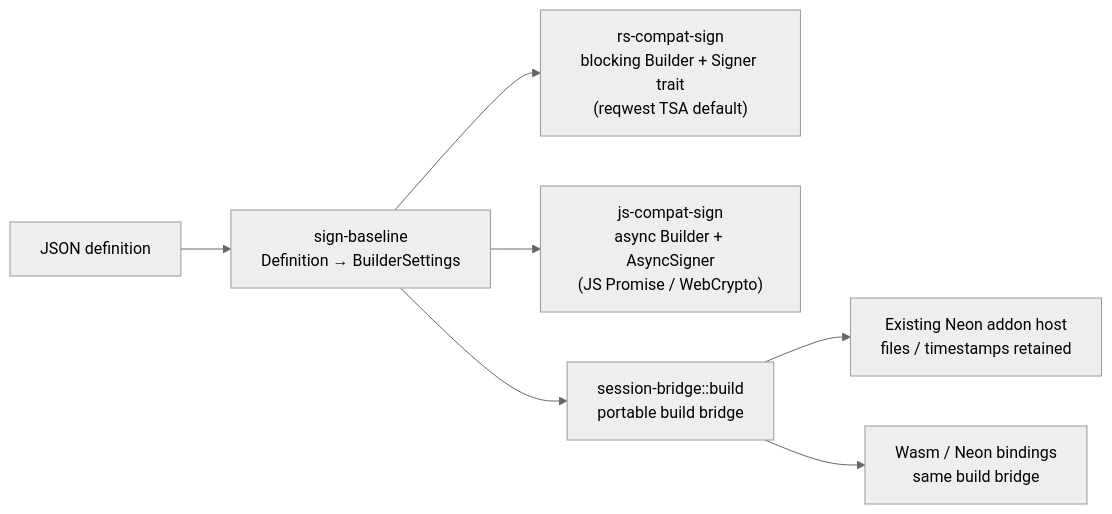
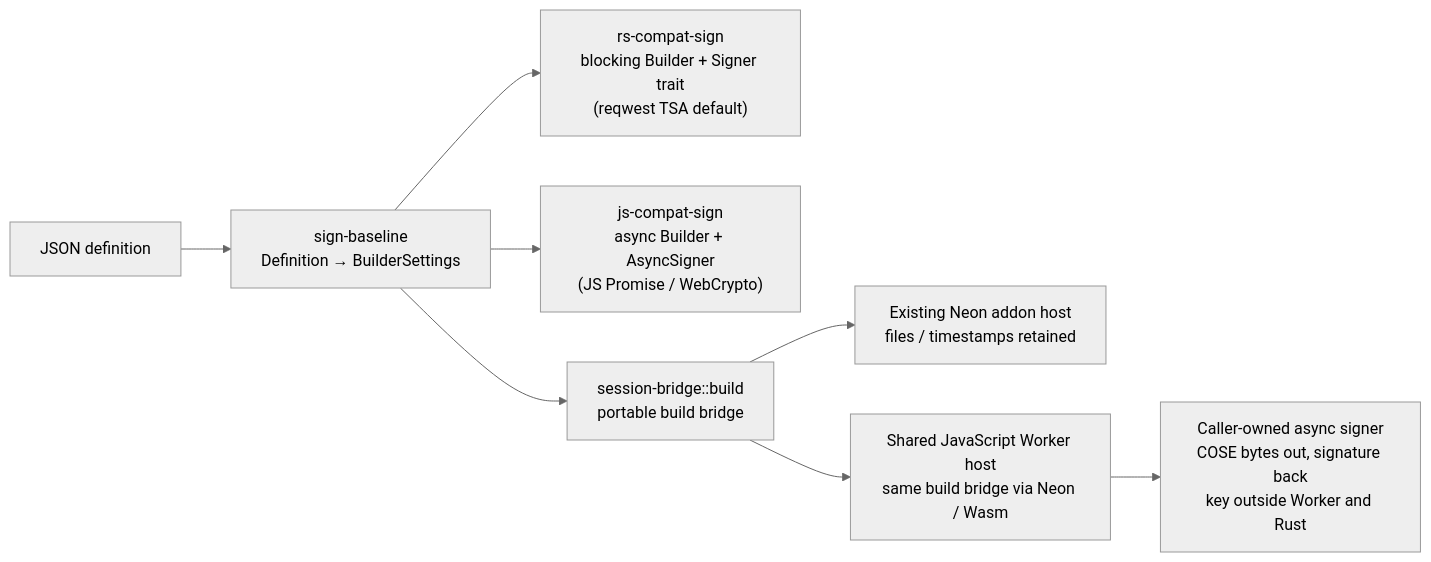
One commit to scouten/state-machine-experiment changed the second of 2 diagrams in docs/walkthrough/06-bindings.md. Above: the diagram before and after it, drawn with Mermaid (neutral theme). The commit also changed other lines of this file and 15 other files, not shown here.

Commit message:
docs(js): document the shared host and its tests

````diff
--- a/docs/walkthrough/06-bindings.md
+++ b/docs/walkthrough/06-bindings.md
@@ -87,9 +112,10 @@
 ```mermaid
 flowchart LR
     D["JSON definition"] --> SB["sign-baseline<br/>Definition → BuilderSettings"]
     SB --> RS["rs-compat-sign<br/>blocking Builder + Signer trait<br/>(reqwest TSA default)"]
     SB --> JS["js-compat-sign<br/>async Builder + AsyncSigner<br/>(JS Promise / WebCrypto)"]
     SB --> ND["session-bridge::build<br/>portable build bridge"]
     ND --> OLD["Existing Neon addon host<br/>files / timestamps retained"]
-    ND --> WP["Wasm / Neon bindings<br/>same build bridge"]
+    ND --> WP["Shared JavaScript Worker host<br/>same build bridge via Neon / Wasm"]
+    WP --> CB["Caller-owned async signer<br/>COSE bytes out, signature back<br/>key outside Worker and Rust"]
 ```
````
